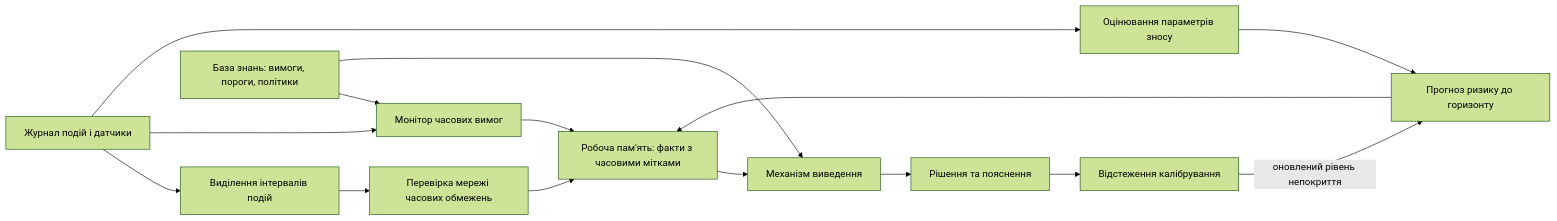
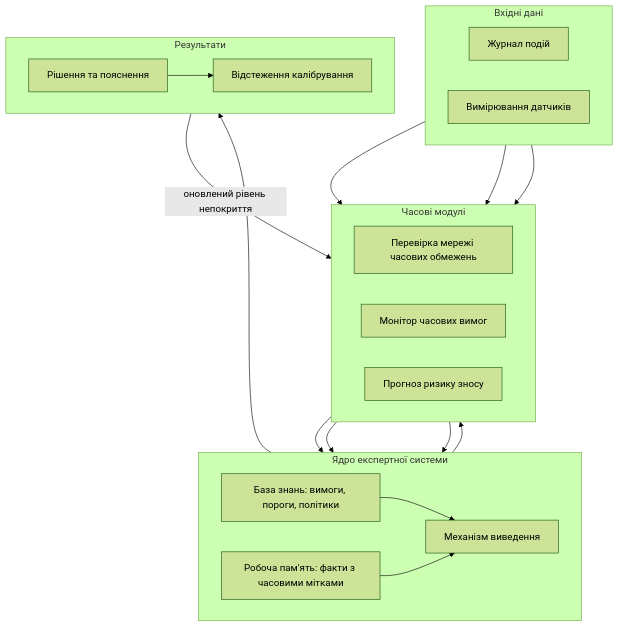
The first of 9 diagrams in Expert_Systems/Volume-2/ch20-temporal-models-and-prediction-draft.md (nick-fedchik/articles), drawn with Mermaid (forest theme) before and after one commit. The commit also changed other lines of this file and 1 other file, not shown here.

First line of the commit message:
docs(ch20-draft): theory-diagram-code order, relevant Mermaid types, short listings

````diff
--- a/Expert_Systems/Volume-2/ch20-temporal-models-and-prediction-draft.md
+++ b/Expert_Systems/Volume-2/ch20-temporal-models-and-prediction-draft.md
@@ -63,19 +64,39 @@
 ```mermaid
-flowchart LR
+flowchart TB
     accTitle: Схема 20.1. Часові модулі експертної системи обслуговування насосного агрегату
-    accDescr: Журнал подій і датчики живлять чотири модулі. Перевірка мережі часових обмежень, монітор часових вимог і прогноз ризику записують факти до робочої пам'яті. Механізм виведення застосовує правила бази знань і формує рішення з поясненням. Модуль відстеження калібрування порівнює прогнози з фактичними результатами та оновлює параметри прогнозу.
-    S["Журнал подій і датчики"] --> E["Виділення інтервалів подій"]
-    E --> N["Перевірка мережі часових обмежень"]
-    S --> M["Монітор часових вимог"]
-    S --> D["Оцінювання параметрів зносу"]
-    D --> R["Прогноз ризику до горизонту"]
-    N --> W["Робоча пам'ять: факти з часовими мітками"]
+    accDescr: Журнал подій живить перевірку мережі часових обмежень, вимірювання датчиків живлять монітор часових вимог і прогноз ризику зносу. Усі три модулі записують факти до робочої пам'яті. Механізм виведення застосовує правила бази знань і формує рішення з поясненням. Модуль відстеження калібрування порівнює прогнози з фактичними результатами та оновлює параметри прогнозу.
+    subgraph IN["Вхідні дані"]
+        direction LR
+        L["Журнал подій"]
+        S["Вимірювання датчиків"]
+    end
+    subgraph MOD["Часові модулі"]
+        direction LR
+        N["Перевірка мережі часових обмежень"]
+        M["Монітор часових вимог"]
+        R["Прогноз ризику зносу"]
+    end
+    subgraph CORE["Ядро експертної системи"]
+        direction LR
+        KB["База знань: вимоги, пороги, політики"]
+        W["Робоча пам'ять: факти з часовими мітками"]
+        IE["Механізм виведення"]
+    end
+    subgraph OUT["Результати"]
+        direction LR
+        X["Рішення та пояснення"]
+        C["Відстеження калібрування"]
+    end
+    L --> N
+    S --> M
+    S --> R
+    N --> W
     M --> W
     R --> W
-    KB["База знань: вимоги, пороги, політики"] --> M
-    KB --> IE["Механізм виведення"]
+    KB --> M
+    KB --> IE
     W --> IE
-    IE --> X["Рішення та пояснення"]
-    X --> C["Відстеження калібрування"]
+    IE --> X
+    X --> C
     C -->|"оновлений рівень непокриття"| R
 ```
````
